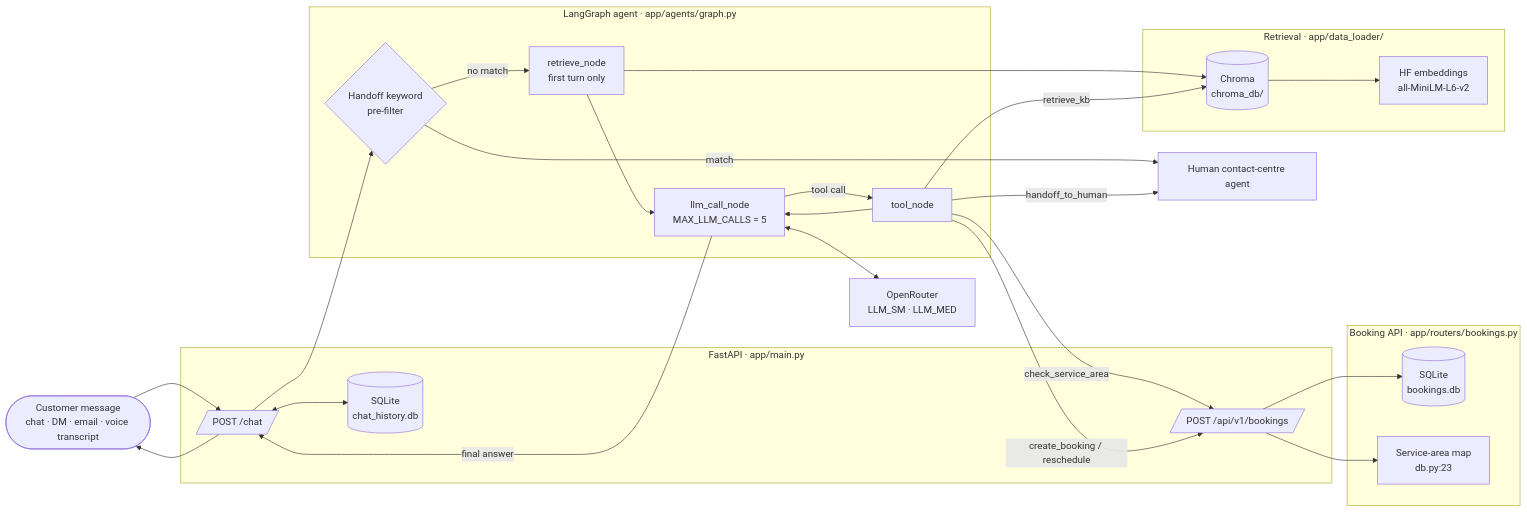
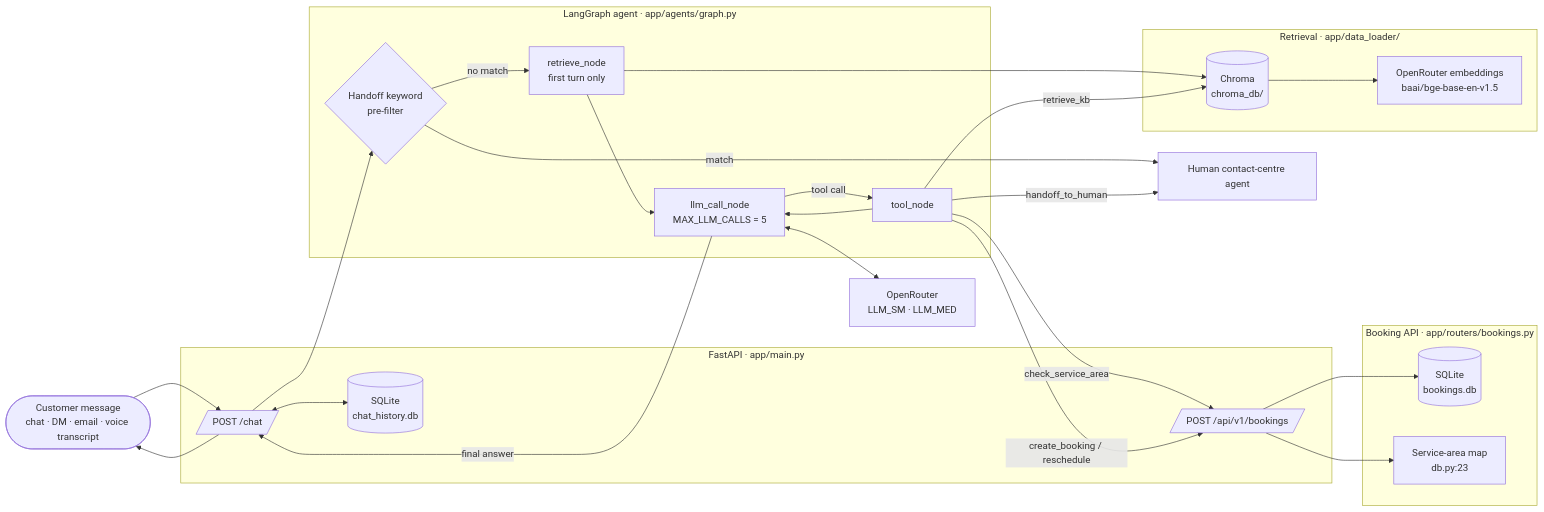
Before and after one commit to gamedevCloudy/meridian-assistant: the diagram in README.md, drawn with Mermaid. The commit also changed other lines of this file, not shown here.

First line of the commit message:
docs: update README with accurate architecture and eval results

````diff
--- a/README.md
+++ b/README.md
@@ -20,50 +20,50 @@
 ```mermaid
 flowchart LR
   User([Customer message<br/>chat · DM · email · voice transcript])
 
   subgraph API[FastAPI · app/main.py]
     Chat[/POST /chat/]
     Bookings[/POST /api/v1/bookings/]
     History[(SQLite<br/>chat_history.db)]
   end
 
   subgraph Agent[LangGraph agent · app/agents/graph.py]
     Pre{Handoff keyword<br/>pre-filter}
     Retrieve[retrieve_node<br/>first turn only]
     LLM[llm_call_node<br/>MAX_LLM_CALLS = 5]
     Tools[tool_node]
   end
 
   subgraph RAG[Retrieval · app/data_loader/]
-    Embed[HF embeddings<br/>all-MiniLM-L6-v2]
+    Embed[OpenRouter embeddings<br/>baai/bge-base-en-v1.5]
     Chroma[(Chroma<br/>chroma_db/)]
   end
 
   subgraph Booking[Booking API · app/routers/bookings.py]
     SQLite[(SQLite<br/>bookings.db)]
     ZIP[Service-area map<br/>db.py:23]
   end
 
   LLMAPI[OpenRouter<br/>LLM_SM · LLM_MED]
   HCM[Human contact-centre agent]
 
   User --> Chat
   Chat --> Pre
   Pre -- match --> HCM
   Pre -- no match --> Retrieve
   Retrieve --> Chroma
   Chroma --> Embed
   Retrieve --> LLM
   LLM -- tool call --> Tools
   Tools -- retrieve_kb --> Chroma
   Tools -- check_service_area --> Bookings
   Tools -- create_booking / reschedule --> Bookings
   Tools -- handoff_to_human --> HCM
   Bookings --> SQLite
   Bookings --> ZIP
   Tools --> LLM
   LLM -- final answer --> Chat
   LLM <--> LLMAPI
   Chat <--> History
   Chat --> User
 ```
````
